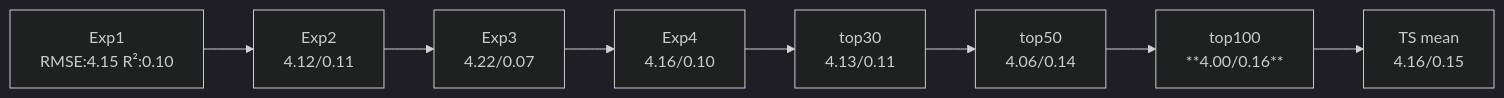
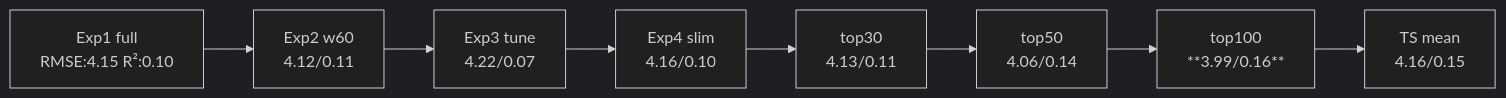
The third of 7 diagrams in experiments/soda-ml-nir_targetB_v6/README.md (Misha-42/soda-ml-carbonation-control), drawn with Mermaid (dark theme) before and after one commit. The commit also changed other lines of this file, not shown here.

````diff
--- a/experiments/soda-ml-nir_targetB_v6/README.md
+++ b/experiments/soda-ml-nir_targetB_v6/README.md
@@ -47,10 +109,10 @@
 ```mermaid
-    graph LR
-        A[Exp1<br/>RMSE:4.15 R²:0.10] --> B[Exp2<br/>4.12/0.11]
-        B --> C[Exp3<br/>4.22/0.07]
-        C --> D[Exp4<br/>4.16/0.10]
-        D --> E[top30<br/>4.13/0.11]
-        E --> F[top50<br/>4.06/0.14]
-        F --> G[top100<br/>**4.00/0.16**]
-        G --> H[TS mean<br/>4.16/0.15]
+graph LR
+    A[Exp1 full<br/>RMSE:4.15 R²:0.10] --> B[Exp2 w60<br/>4.12/0.11]
+    B --> C[Exp3 tune<br/>4.22/0.07]
+    C --> D[Exp4 slim<br/>4.16/0.10]
+    D --> E[top30<br/>4.13/0.11]
+    E --> F[top50<br/>4.06/0.14]
+    F --> G["top100<br/>**3.99/0.16**"]
+    G --> H[TS mean<br/>4.16/0.15]
 ```
````
